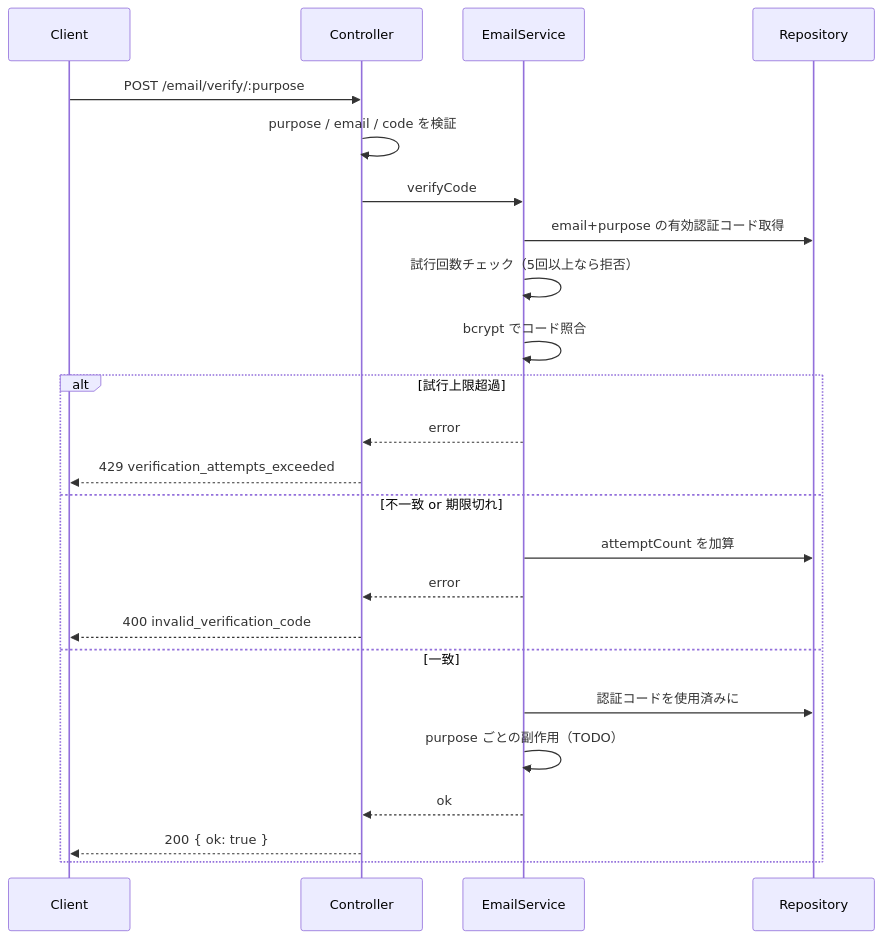
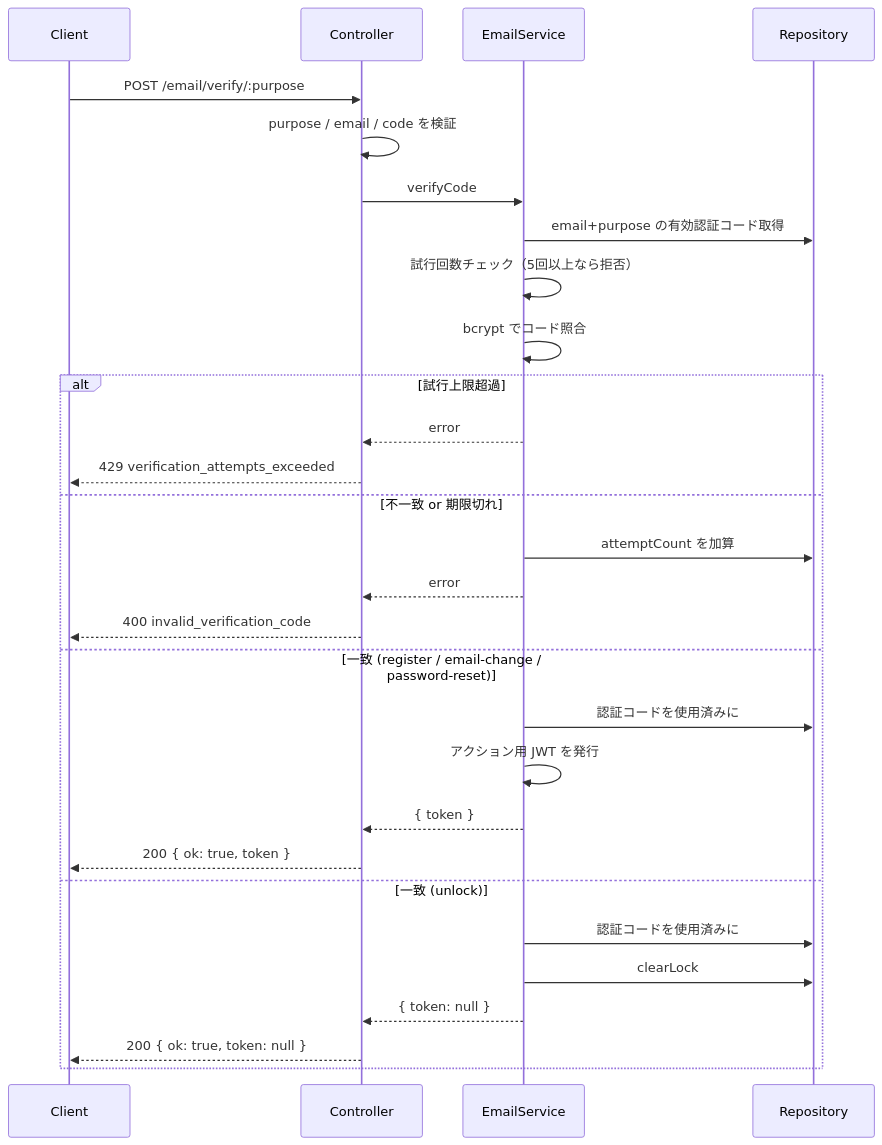
One commit to ukyo1114/waka-script changed the second of 2 diagrams in packages/backend/docs/email.md. Above: the diagram before and after it, drawn with Mermaid. The commit also changed other lines of this file and 16 other files, not shown here.

````diff
--- a/packages/backend/docs/email.md
+++ b/packages/backend/docs/email.md
@@ -90,27 +100,32 @@
 ```mermaid
 sequenceDiagram
   participant C as Client
   participant Ctrl as Controller
   participant Svc as EmailService
   participant Repo as Repository
 
   C->>Ctrl: POST /email/verify/:purpose
   Ctrl->>Ctrl: purpose / email / code を検証
   Ctrl->>Svc: verifyCode
   Svc->>Repo: email+purpose の有効認証コード取得
   Svc->>Svc: 試行回数チェック（5回以上なら拒否）
   Svc->>Svc: bcrypt でコード照合
   alt 試行上限超過
     Svc-->>Ctrl: error
     Ctrl-->>C: 429 verification_attempts_exceeded
   else 不一致 or 期限切れ
     Svc->>Repo: attemptCount を加算
     Svc-->>Ctrl: error
     Ctrl-->>C: 400 invalid_verification_code
-  else 一致
+  else 一致 (register / email-change / password-reset)
     Svc->>Repo: 認証コードを使用済みに
-    Svc->>Svc: purpose ごとの副作用（TODO）
-    Svc-->>Ctrl: ok
-    Ctrl-->>C: 200 { ok: true }
+    Svc->>Svc: アクション用 JWT を発行
+    Svc-->>Ctrl: { token }
+    Ctrl-->>C: 200 { ok: true, token }
+  else 一致 (unlock)
+    Svc->>Repo: 認証コードを使用済みに
+    Svc->>Repo: clearLock
+    Svc-->>Ctrl: { token: null }
+    Ctrl-->>C: 200 { ok: true, token: null }
   end
 ```
````
